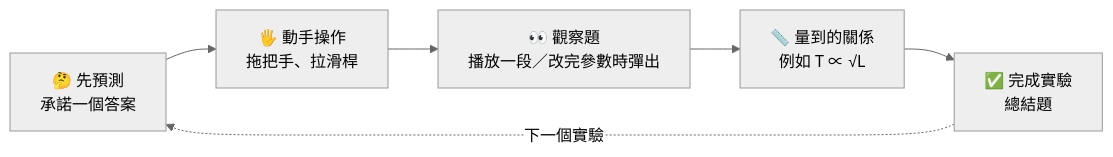
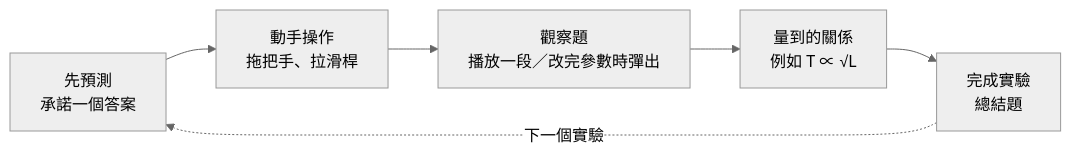
One commit to Yu-0312/senior-science changed the third of 9 diagrams in README.md. Above: the diagram before and after it, drawn with Mermaid (neutral theme). The commit also changed other lines of this file and 34 other files, not shown here.

````diff
--- a/README.md
+++ b/README.md
@@ -129,8 +129,8 @@
 ```mermaid
 flowchart LR
-    P["🤔 先預測<br/>承諾一個答案"] --> O["🖐️ 動手操作<br/>拖把手、拉滑桿"]
-    O --> Q["👀 觀察題<br/>播放一段／改完參數時彈出"]
-    Q --> R["📏 量到的關係<br/>例如 T ∝ √L"]
-    R --> F["✅ 完成實驗<br/>總結題"]
+    P["先預測<br/>承諾一個答案"] --> O["動手操作<br/>拖把手、拉滑桿"]
+    O --> Q["觀察題<br/>播放一段／改完參數時彈出"]
+    Q --> R["量到的關係<br/>例如 T ∝ √L"]
+    R --> F["完成實驗<br/>總結題"]
     F -.->|"下一個實驗"| P
 ```
````
